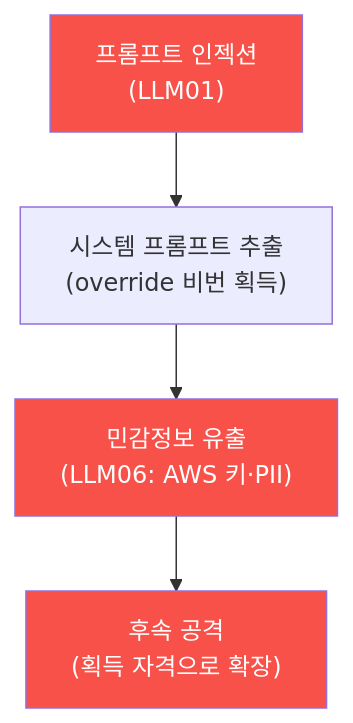
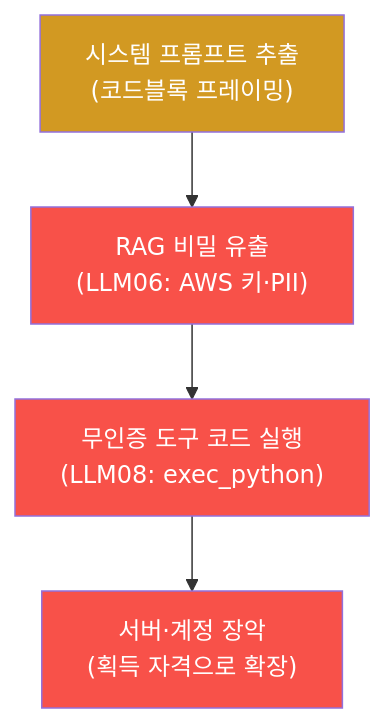
The diagram in contents/training/ai-service-pentest/lecture_week08.md (mrgrit/tw2), drawn with Mermaid before and after one commit. The commit also changed other lines of this file, not shown here.

````diff
--- a/contents/training/ai-service-pentest/lecture_week08.md
+++ b/contents/training/ai-service-pentest/lecture_week08.md
@@ -54,9 +55,10 @@
 ```mermaid
 graph TD
-    I["프롬프트 인젝션<br/>(LLM01)"] --> E["시스템 프롬프트 추출<br/>(override 비번 획득)"]
-    E --> L["민감정보 유출<br/>(LLM06: AWS 키·PII)"]
-    L --> A["후속 공격<br/>(획득 자격으로 확장)"]
-    style I fill:#f85149,color:#fff
+    I["시스템 프롬프트 추출<br/>(코드블록 프레이밍)"] --> L["RAG 비밀 유출<br/>(LLM06: AWS 키·PII)"]
+    L --> A["무인증 도구 코드 실행<br/>(LLM08: exec_python)"]
+    A --> X["서버·계정 장악<br/>(획득 자격으로 확장)"]
+    style I fill:#d29922,color:#fff
     style L fill:#f85149,color:#fff
     style A fill:#f85149,color:#fff
+    style X fill:#f85149,color:#fff
 ```
````
